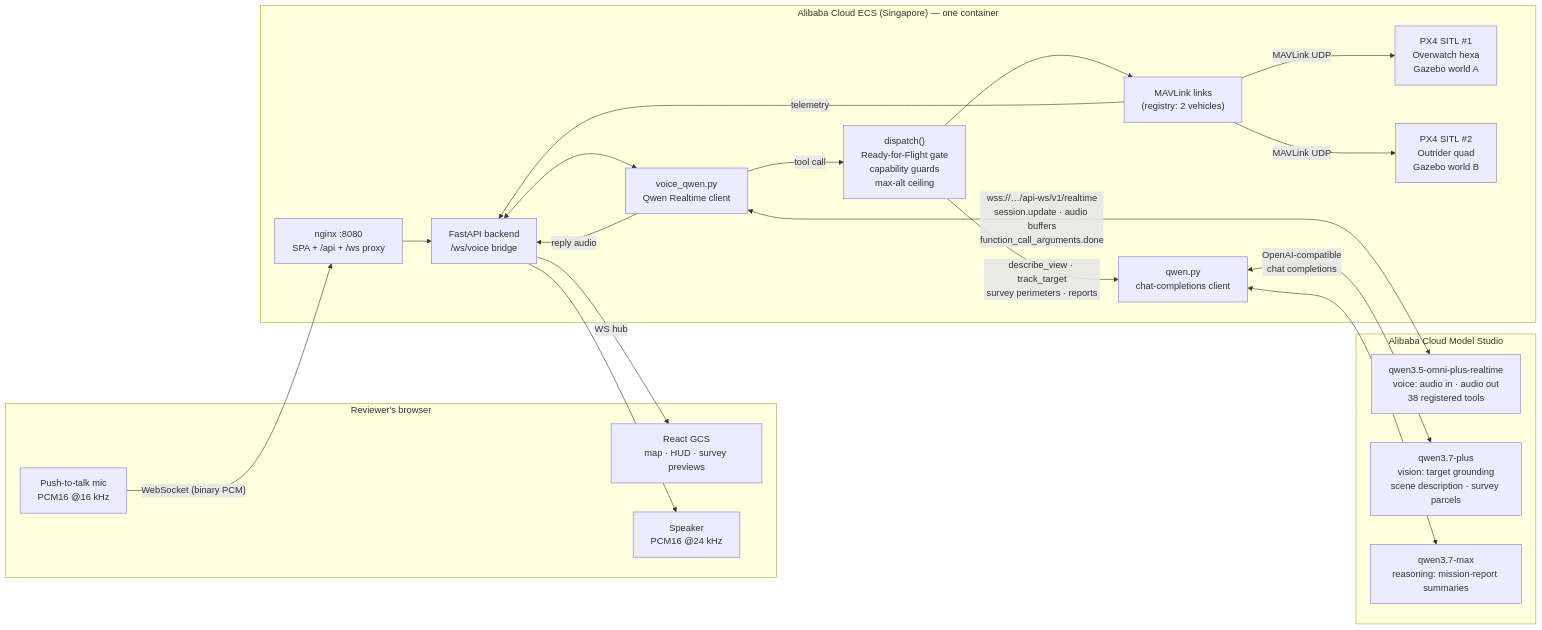
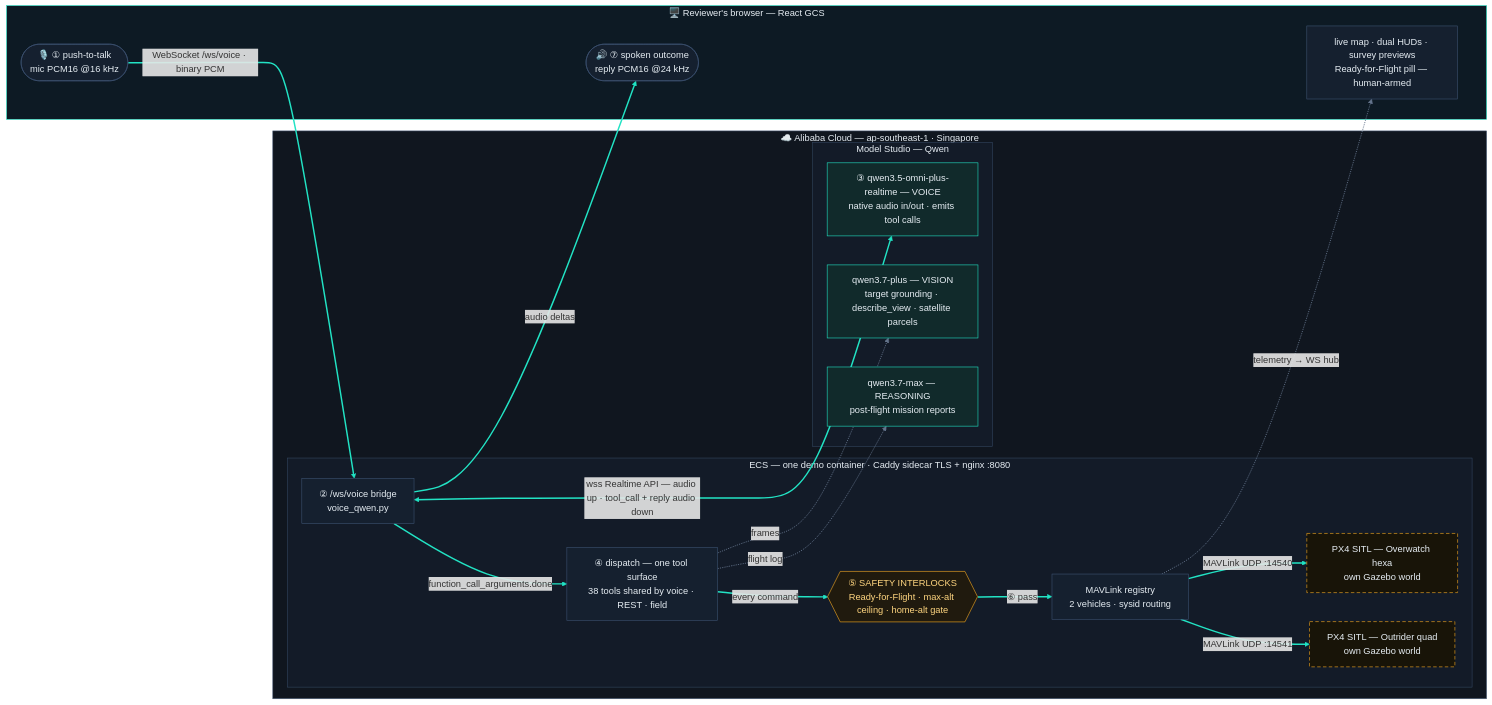
Before and after one commit to nadeembinshajahan/stado: the first of 3 diagrams in ARCHITECTURE.md, drawn with Mermaid. The commit also changed other lines of this file and 4 other files, not shown here.

First line of the commit message:
docs: hand-crafted dark-theme architecture diagram (SVG/PNG/HTML) + styled Mermaid rewrite

````diff
--- a/ARCHITECTURE.md
+++ b/ARCHITECTURE.md
@@ -8,37 +16,53 @@
 ```mermaid
 flowchart LR
-    subgraph Browser["Reviewer's browser"]
-        MIC["Push-to-talk mic<br/>PCM16 @16 kHz"]
-        UI["React GCS<br/>map · HUD · survey previews"]
-        SPK["Speaker<br/>PCM16 @24 kHz"]
+    subgraph BROWSER["🖥️ Reviewer's browser — React GCS"]
+        MIC(["🎙️ ① push-to-talk<br/>mic PCM16 @16 kHz"])
+        UI["live map · dual HUDs · survey previews<br/>Ready-for-Flight pill — human-armed"]
+        SPK(["🔊 ⑦ spoken outcome<br/>reply PCM16 @24 kHz"])
     end
 
-    subgraph ECS["Alibaba Cloud ECS (Singapore) — one container"]
-        NGINX["nginx :8080<br/>SPA + /api + /ws proxy"]
-        BE["FastAPI backend<br/>/ws/voice bridge"]
-        VQ["voice_qwen.py<br/>Qwen Realtime client"]
-        QC["qwen.py<br/>chat-completions client"]
-        DISP["dispatch()<br/>Ready-for-Flight gate<br/>capability guards<br/>max-alt ceiling"]
-        MAV["MAVLink links<br/>(registry: 2 vehicles)"]
-        P1["PX4 SITL #1<br/>Overwatch hexa<br/>Gazebo world A"]
-        P2["PX4 SITL #2<br/>Outrider quad<br/>Gazebo world B"]
+    subgraph ALI["☁️ Alibaba Cloud — ap-southeast-1 · Singapore"]
+        subgraph ECS["ECS — one demo container · Caddy sidecar TLS + nginx :8080"]
+            BE["② /ws/voice bridge<br/>voice_qwen.py"]
+            DISP["④ dispatch — one tool surface<br/>38 tools shared by voice · REST · field"]
+            GATES{{"⑤ SAFETY INTERLOCKS<br/>Ready-for-Flight · max-alt ceiling · home-alt gate"}}
+            MAV["MAVLink registry<br/>2 vehicles · sysid routing"]
+            P1["PX4 SITL — Overwatch hexa<br/>own Gazebo world"]
+            P2["PX4 SITL — Outrider quad<br/>own Gazebo world"]
+        end
+        subgraph MS["Model Studio — Qwen"]
+            Q["③ qwen3.5-omni-plus-realtime — VOICE<br/>native audio in/out · emits tool calls"]
+            QV["qwen3.7-plus — VISION<br/>target grounding · describe_view · satellite parcels"]
+            QR["qwen3.7-max — REASONING<br/>post-flight mission reports"]
+        end
     end
 
-    subgraph QWEN["Alibaba Cloud Model Studio"]
-        Q["qwen3.5-omni-plus-realtime<br/>voice: audio in · audio out<br/>38 registered tools"]
-        QV["qwen3.7-plus<br/>vision: target grounding<br/>scene description · survey parcels"]
-        QR["qwen3.7-max<br/>reasoning: mission-report summaries"]
-    end
+    MIC -->|"WebSocket /ws/voice · binary PCM"| BE
+    BE <-->|"wss Realtime API — audio up · tool_call + reply audio down"| Q
+    BE -->|"audio deltas"| SPK
+    BE -->|"function_call_arguments.done"| DISP
+    DISP -->|"every command"| GATES
+    GATES -->|"⑥ pass"| MAV
+    MAV -->|"MAVLink UDP :14540"| P1
+    MAV -->|"MAVLink UDP :14541"| P2
+    DISP -.->|"frames"| QV
+    DISP -.->|"flight log"| QR
+    MAV -.->|"telemetry → WS hub"| UI
 
-    MIC -- "WebSocket (binary PCM)" --> NGINX --> BE
-    BE <--> VQ
-    VQ <-- "wss://…/api-ws/v1/realtime<br/>session.update · audio buffers<br/>function_call_arguments.done" --> Q
-    QC <-- "OpenAI-compatible<br/>chat completions" --> QV
-    QC <--> QR
-    VQ -- "tool call" --> DISP --> MAV
-    DISP -- "describe_view · track_target<br/>survey perimeters · reports" --> QC
-    MAV -- "MAVLink UDP" --> P1
-    MAV -- "MAVLink UDP" --> P2
-    MAV -- "telemetry" --> BE -- "WS hub" --> UI
-    VQ -- "reply audio" --> BE --> SPK
+    classDef browserBox fill:#0d1a24,stroke:#22e3c4,color:#e6edf3
+    classDef cloudBox fill:#10161f,stroke:#4a5d78,color:#e6edf3
+    classDef innerBox fill:#131b28,stroke:#33465f,color:#e6edf3
+    classDef node fill:#15202f,stroke:#3d5271,color:#e6edf3
+    classDef model fill:#112a2b,stroke:#22e3c4,color:#e6edf3
+    classDef gate fill:#201a0e,stroke:#ffb020,color:#ffd680
+    classDef sim fill:#181408,stroke:#ffb020,stroke-dasharray:6 4,color:#e6edf3
+    class BROWSER browserBox
+    class ALI cloudBox
+    class ECS,MS innerBox
+    class MIC,UI,SPK,BE,DISP,MAV node
+    class Q,QV,QR model
+    class GATES gate
+    class P1,P2 sim
+    linkStyle 0,1,2,3,4,5,6,7 stroke:#22e3c4,stroke-width:2.5px
+    linkStyle 8,9,10 stroke:#64748b,stroke-width:1.5px
 ```
````
